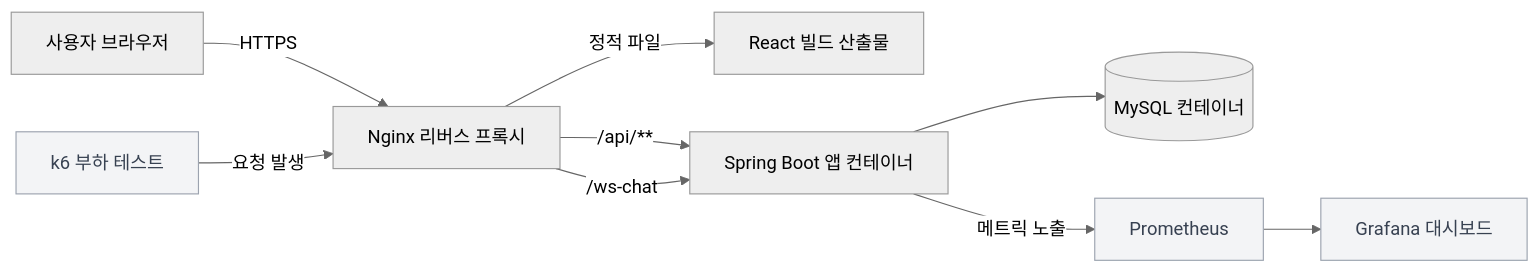
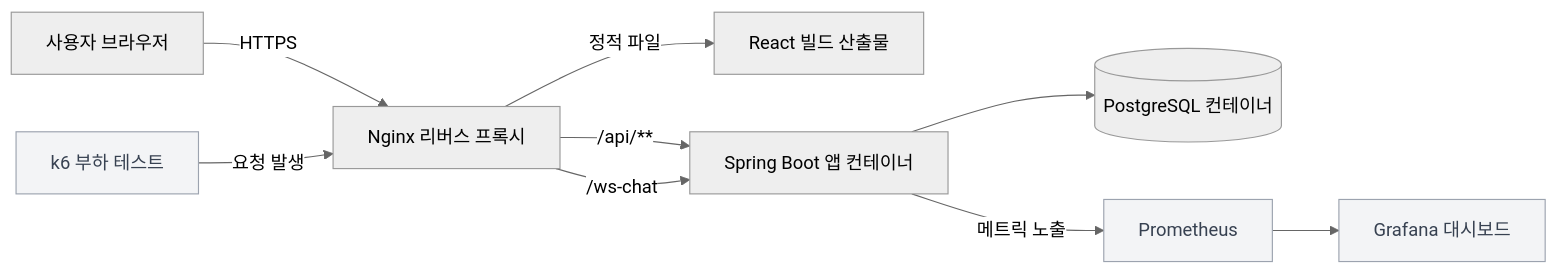
The first of 3 diagrams in 3_아키텍처및서비스흐름.md (oshi-market/oshi-market), drawn with Mermaid (neutral theme) before and after one commit. The commit also changed other lines of this file and 9 other files, not shown here.

````diff
--- a/3_아키텍처및서비스흐름.md
+++ b/3_아키텍처및서비스흐름.md
@@ -9,14 +9,14 @@
 ```mermaid
 flowchart LR
     U[사용자 브라우저] -->|HTTPS| N[Nginx 리버스 프록시]
     N -->|정적 파일| R[React 빌드 산출물]
     N -->|"/api/**"| S[Spring Boot 앱 컨테이너]
     N -->|"/ws-chat"| S
-    S --> M[(MySQL 컨테이너)]
+    S --> M[(PostgreSQL 컨테이너)]
     S -->|메트릭 노출| P[Prometheus]
     P --> G[Grafana 대시보드]
     K[k6 부하 테스트] -->|요청 발생| N
 
     classDef infra fill:#f3f4f6,stroke:#9ca3af,color:#374151
     class P,G,K infra
 ```
````
